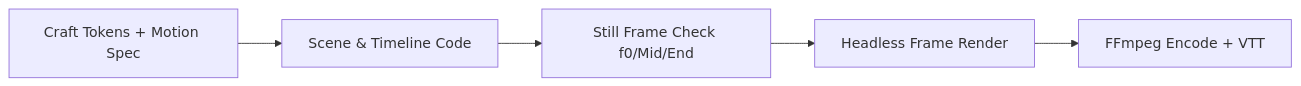
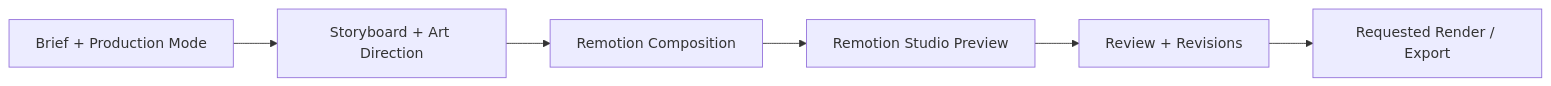
Before and after one commit to giriedu/maxilun: the diagram in skills/maxilun-cinecode/SKILL.md, drawn with Mermaid. The commit also changed other lines of this file and 38 other files, not shown here.

````diff
--- a/skills/maxilun-cinecode/SKILL.md
+++ b/skills/maxilun-cinecode/SKILL.md
@@ -73,7 +75,8 @@
 ```mermaid
 flowchart LR
-    A[Craft Tokens + Motion Spec] --> B[Scene & Timeline Code]
-    B --> C[Still Frame Check f0/Mid/End]
-    C --> D[Headless Frame Render]
-    D --> E[FFmpeg Encode + VTT]
+    A[Brief + Production Mode] --> B[Storyboard + Art Direction]
+    B --> C[Remotion Composition]
+    C --> D[Remotion Studio Preview]
+    D --> E[Review + Revisions]
+    E --> F[Requested Render / Export]
 ```
````
